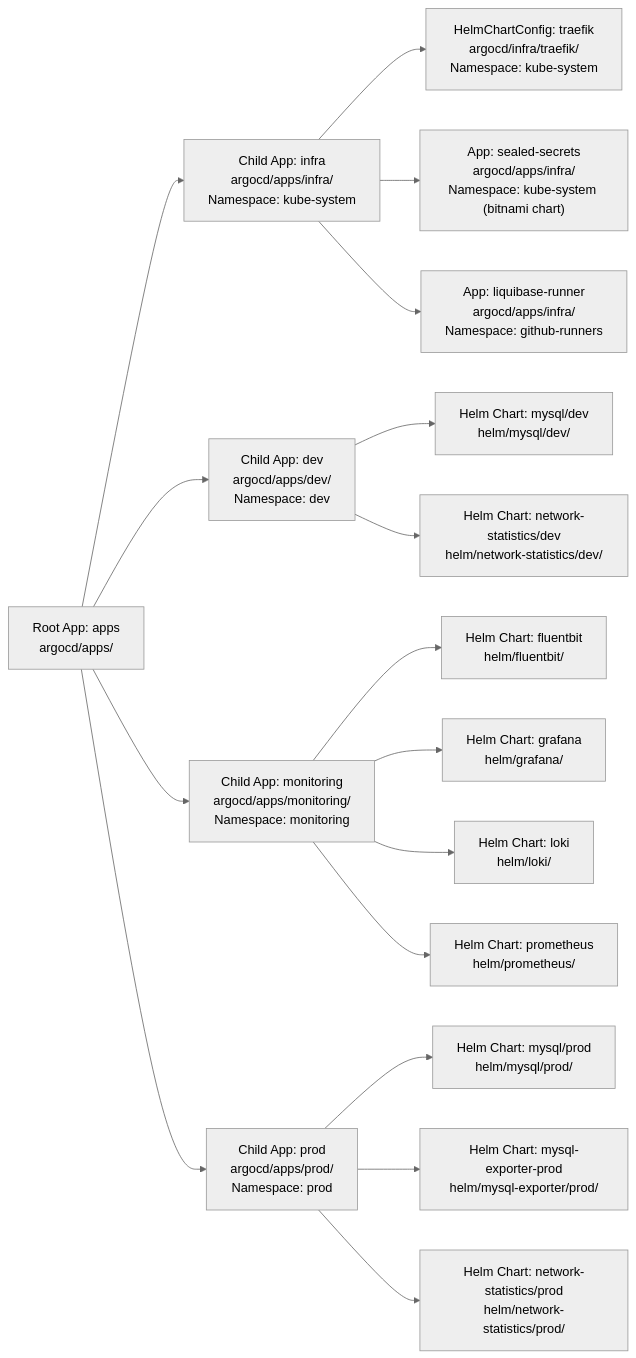
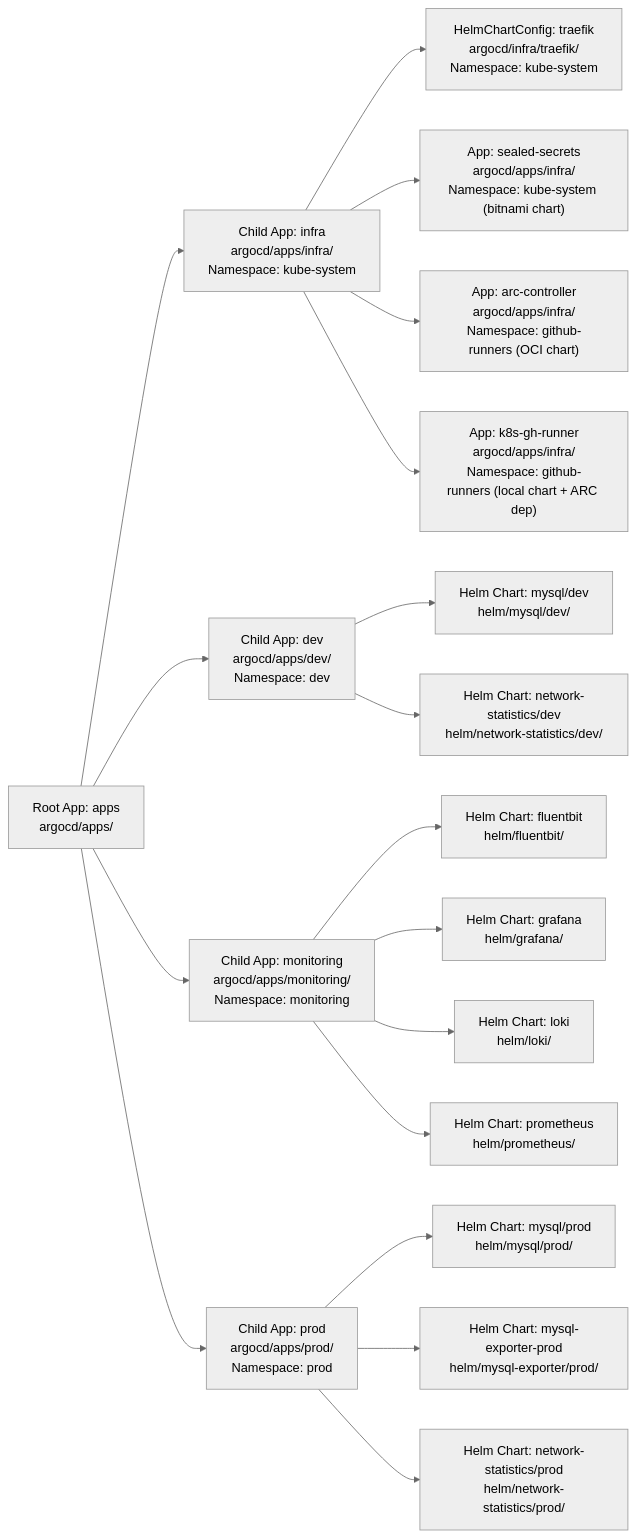
Before and after one commit to minhntt1/local-infra: the diagram in argocd/README.md, drawn with Mermaid (neutral theme). The commit also changed other lines of this file and 17 other files, not shown here.

First line of the commit message:
feat(runner): reimplement K8s GitHub runner with ARC (Actions Runner Controller)

````diff
--- a/argocd/README.md
+++ b/argocd/README.md
@@ -24,20 +24,21 @@
 ```mermaid
 flowchart LR
     ROOT["Root App: apps\nargocd/apps/"] --> INFRA["Child App: infra\nargocd/apps/infra/\nNamespace: kube-system"]
     ROOT --> DEV["Child App: dev\nargocd/apps/dev/\nNamespace: dev"]
     ROOT --> MON["Child App: monitoring\nargocd/apps/monitoring/\nNamespace: monitoring"]
     ROOT --> PROD["Child App: prod\nargocd/apps/prod/\nNamespace: prod"]
 
     INFRA --> TRAEFIK_CFG["HelmChartConfig: traefik\nargocd/infra/traefik/\nNamespace: kube-system"]
     INFRA --> SEALED["App: sealed-secrets\nargocd/apps/infra/\nNamespace: kube-system (bitnami chart)"]
-    INFRA --> LIQUIBASE_RUNNER["App: liquibase-runner\nargocd/apps/infra/\nNamespace: github-runners"]
+    INFRA --> ARC_CTRL["App: arc-controller\nargocd/apps/infra/\nNamespace: github-runners (OCI chart)"]
+    INFRA --> K8S_RUNNER["App: k8s-gh-runner\nargocd/apps/infra/\nNamespace: github-runners (local chart + ARC dep)"]
     DEV --> MYSQL_DEV["Helm Chart: mysql/dev\nhelm/mysql/dev/"]
     DEV --> NETSTATS_DEV["Helm Chart: network-statistics/dev\nhelm/network-statistics/dev/"]
     MON --> FB["Helm Chart: fluentbit\nhelm/fluentbit/"]
     MON --> GRAFANA["Helm Chart: grafana\nhelm/grafana/"]
     MON --> LOKI["Helm Chart: loki\nhelm/loki/"]
     MON --> PROM["Helm Chart: prometheus\nhelm/prometheus/"]
     PROD --> MYSQL_PROD["Helm Chart: mysql/prod\nhelm/mysql/prod/"]
     PROD --> MYSQL_EXPORTER["Helm Chart: mysql-exporter-prod\nhelm/mysql-exporter/prod/"]
     PROD --> NETSTATS_PROD["Helm Chart: network-statistics/prod\nhelm/network-statistics/prod/"]
 ```
````
